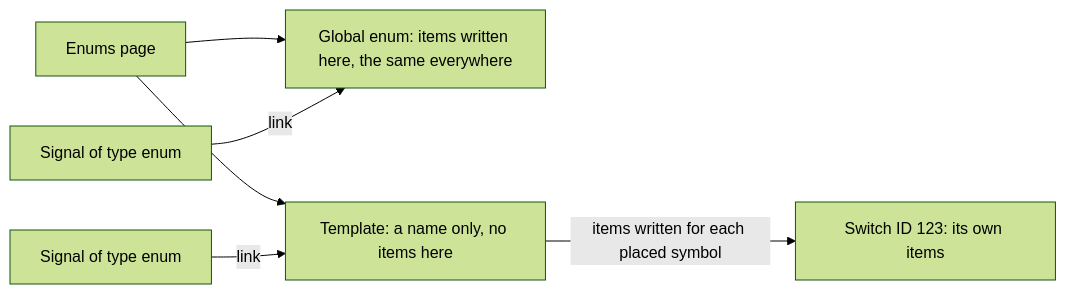
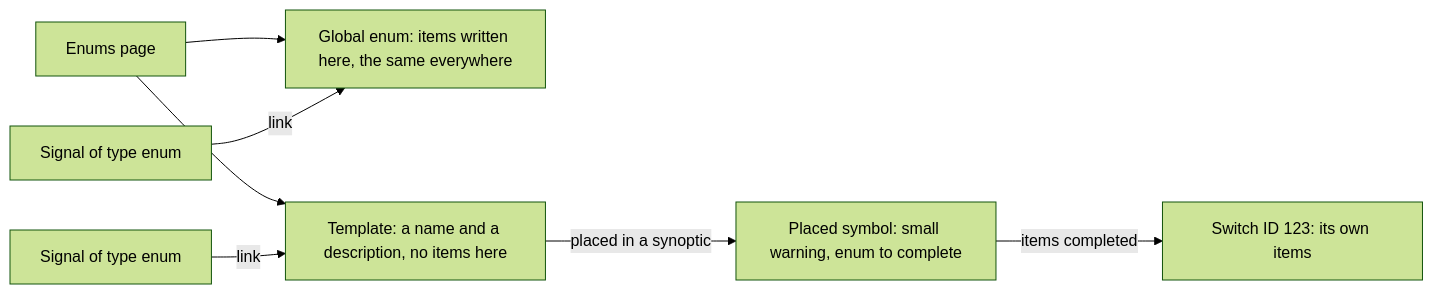
One commit to AlexandreGallais/synoptic-studio-spec changed the first of 3 diagrams in metadata/06-enums.md. Above: the diagram before and after it, drawn with Mermaid (forest theme). The commit also changed other lines of this file and 5 other files, not shown here.

First line of the commit message:
docs(enums): complete templates on placed symbols and add a description

````diff
--- a/metadata/06-enums.md
+++ b/metadata/06-enums.md
@@ -25,8 +27,9 @@
 ```mermaid
 flowchart LR
     P["Enums page"] --> G["Global enum: items written here, the same everywhere"]
-    P --> T["Template: a name only, no items here"]
+    P --> T["Template: a name and a description, no items here"]
     S1["Signal of type enum"] -->|"link"| G
     S2["Signal of type enum"] -->|"link"| T
-    T -->|"items written for each placed symbol"| X["Switch ID 123: its own items"]
+    T -->|"placed in a synoptic"| W["Placed symbol: small warning, enum to complete"]
+    W -->|"items completed"| X["Switch ID 123: its own items"]
 ```
````
